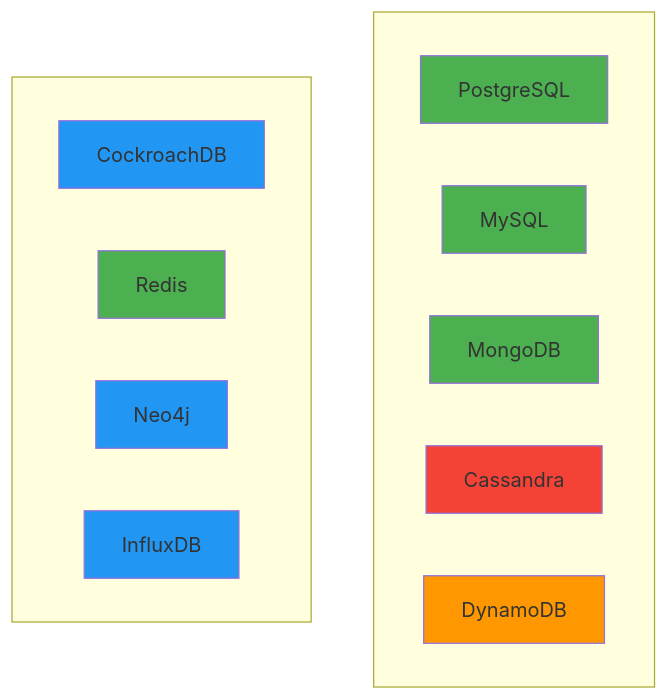
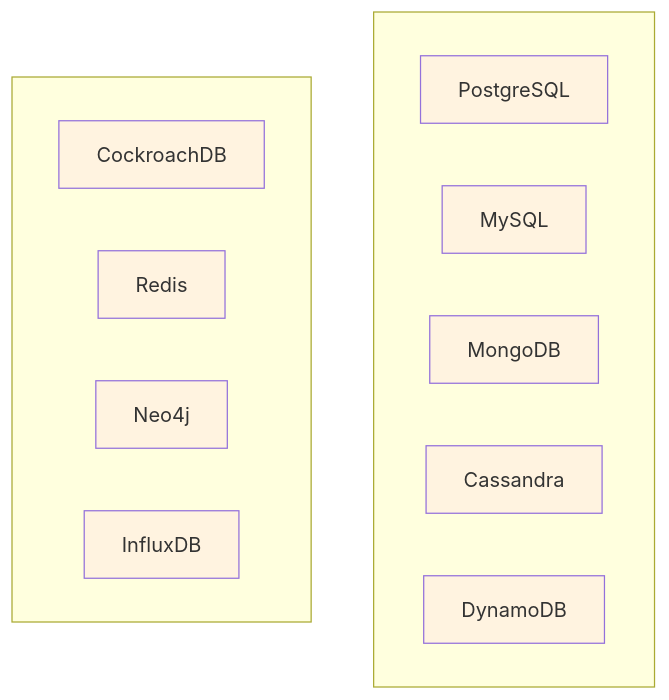
Before and after one commit to niceguy61/kdt_devops_lecture_2025: the fourth of 10 diagrams in theory/week_04/day1/challenge_2.md, drawn with Mermaid. The commit also changed other lines of this file, not shown here.

````diff
--- a/theory/week_04/day1/challenge_2.md
+++ b/theory/week_04/day1/challenge_2.md
@@ -229,27 +229,27 @@
 ```mermaid
 graph TB
     subgraph col1[" "]
         A[PostgreSQL]
         B[MySQL]
         C[MongoDB]
         D[Cassandra]
         E[DynamoDB]
     end
     
     subgraph col2[" "]
         F[CockroachDB]
         G[Redis]
         H[Neo4j]
         I[InfluxDB]
     end
     
-    style A fill:#4caf50
-    style B fill:#4caf50
-    style C fill:#4caf50
-    style D fill:#f44336
-    style E fill:#ff9800
-    style F fill:#2196f3
-    style G fill:#4caf50
-    style H fill:#2196f3
-    style I fill:#2196f3
+    style A fill:#fff3e0
+    style B fill:#fff3e0
+    style C fill:#fff3e0
+    style D fill:#fff3e0
+    style E fill:#fff3e0
+    style F fill:#fff3e0
+    style G fill:#fff3e0
+    style H fill:#fff3e0
+    style I fill:#fff3e0
 ```
````
